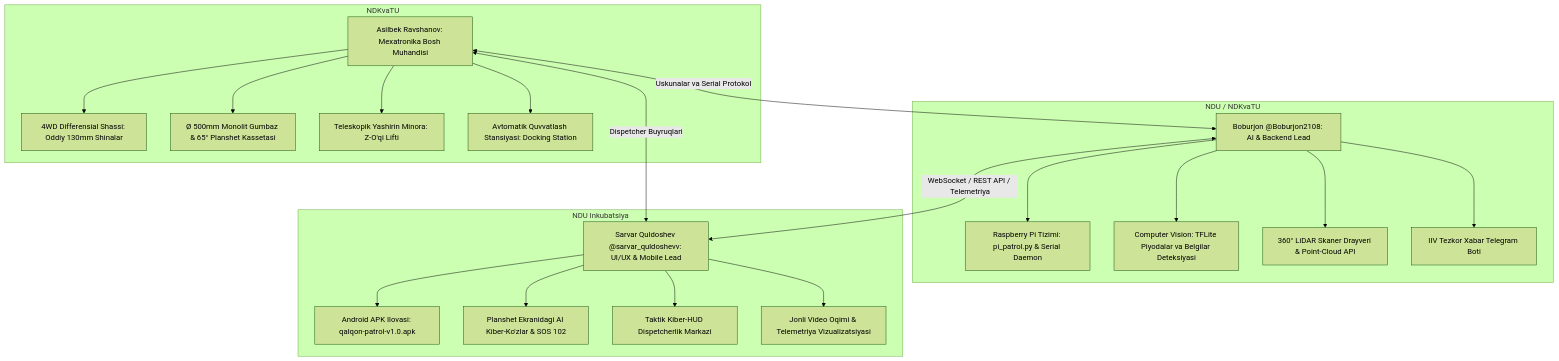
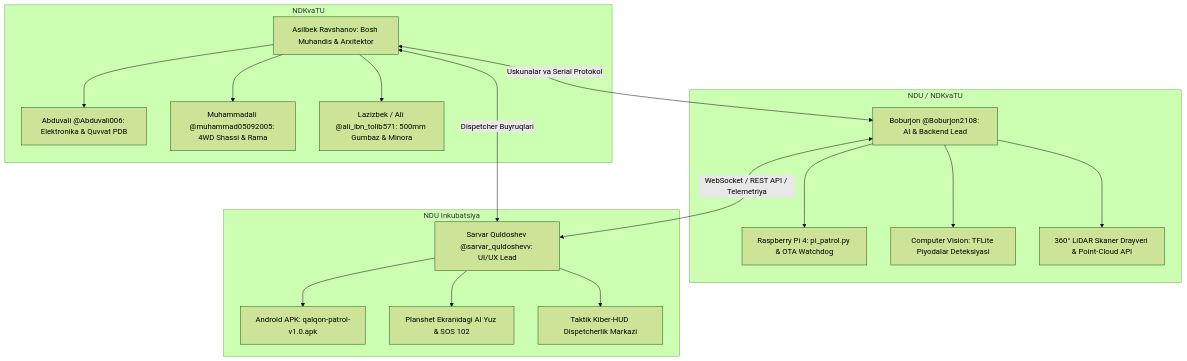
The diagram in JAMOA_VAZIFALARI_VA_REJASI.md (Asil2004/My-autnomius-car), drawn with Mermaid (forest theme) before and after one commit. The commit also changed other lines of this file and 1 other file, not shown here.

Commit message:
docs(team): add Abduvali (electronics), Muhammadali (chassis), and Lazizbek (enclosure) to official technical execution plan

````diff
--- a/JAMOA_VAZIFALARI_VA_REJASI.md
+++ b/JAMOA_VAZIFALARI_VA_REJASI.md
@@ -9,30 +9,31 @@
 ```mermaid
 graph TD
     subgraph 1. MEXATRONIKA VA APPARAT [NDKvaTU]
-        ASILBEK[Asilbek Ravshanov: Mexatronika Bosh Muhandisi]
-        ASILBEK --> SHASSI[4WD Differensial Shassi: Oddiy 130mm Shinalar]
-        ASILBEK --> DOME[Ø 500mm Monolit Gumbaz & 65° Planshet Kassetasi]
-        ASILBEK --> MAST[Teleskopik Yashirin Minora: Z-O'qi Lifti]
-        ASILBEK --> DOCK[Avtomatik Quvvatlash Stansiyasi: Docking Station]
+        ASILBEK[Asilbek Ravshanov: Bosh Muhandis & Arxitektor]
+        ABDUVALI[Abduvali @Abduvali006: Elektronika & Quvvat PDB]
+        MUHAMMAD[Muhammadali @muhammad05092005: 4WD Shassi & Rama]
+        ALI[Lazizbek / Ali @ali_ibn_tolib571: 500mm Gumbaz & Minora]
+        
+        ASILBEK --> ABDUVALI
+        ASILBEK --> MUHAMMAD
+        ASILBEK --> ALI
     end
 
     subgraph 2. BACKEND VA SUN'IY INTELLEKT [NDU / NDKvaTU]
         BOBUR[Boburjon @Boburjon2108: AI & Backend Lead]
-        BOBUR --> RPI_CORE[Raspberry Pi Tizimi: pi_patrol.py & Serial Daemon]
-        BOBUR --> VISION[Computer Vision: TFLite Piyodalar va Belgilar Deteksiyasi]
+        BOBUR --> RPI_CORE[Raspberry Pi 4: pi_patrol.py & OTA Watchdog]
+        BOBUR --> VISION[Computer Vision: TFLite Piyodalar Deteksiyasi]
         BOBUR --> LIDAR_SRV[360° LiDAR Skaner Drayveri & Point-Cloud API]
-        BOBUR --> TELEGRAM_BOT[IIV Tezkor Xabar Telegram Boti]
     end
 
     subgraph 3. FRONTEND VA DISPETCHERLIK [NDU Inkubatsiya]
-        SARVAR[Sarvar Quldoshev @sarvar_quldoshevv: UI/UX & Mobile Lead]
-        SARVAR --> ANDROID_APK[Android APK Ilovasi: qalqon-patrol-v1.0.apk]
-        SARVAR --> TABLET_FACE[Planshet Ekranidagi AI Kiber-Ko'zlar & SOS 102]
+        SARVAR[Sarvar Quldoshev @sarvar_quldoshevv: UI/UX Lead]
+        SARVAR --> ANDROID_APK[Android APK: qalqon-patrol-v1.0.apk]
+        SARVAR --> TABLET_FACE[Planshet Ekranidagi AI Yuz & SOS 102]
         SARVAR --> HUD_DISPATCH[Taktik Kiber-HUD Dispetcherlik Markazi]
-        SARVAR --> WEBRTC_STREAM[Jonli Video Oqimi & Telemetriya Vizualizatsiyasi]
     end
 
     ASILBEK <-->|Uskunalar va Serial Protokol| BOBUR
     BOBUR <-->|WebSocket / REST API / Telemetriya| SARVAR
     SARVAR <-->|Dispetcher Buyruqlari| ASILBEK
 ```
````
